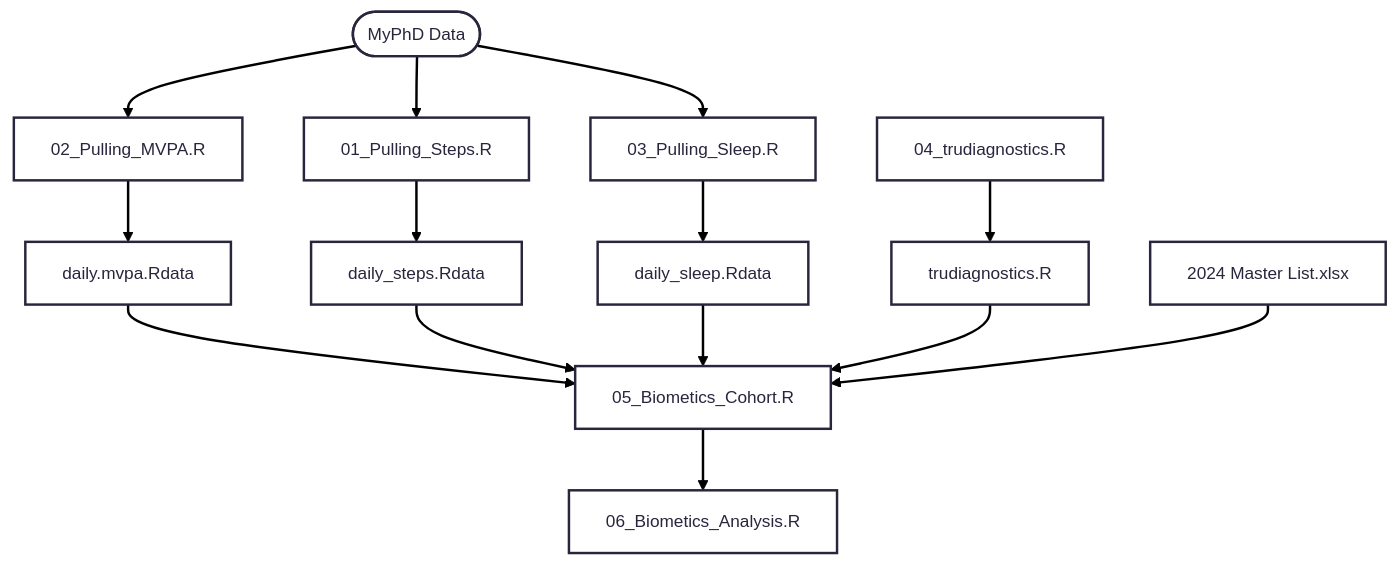
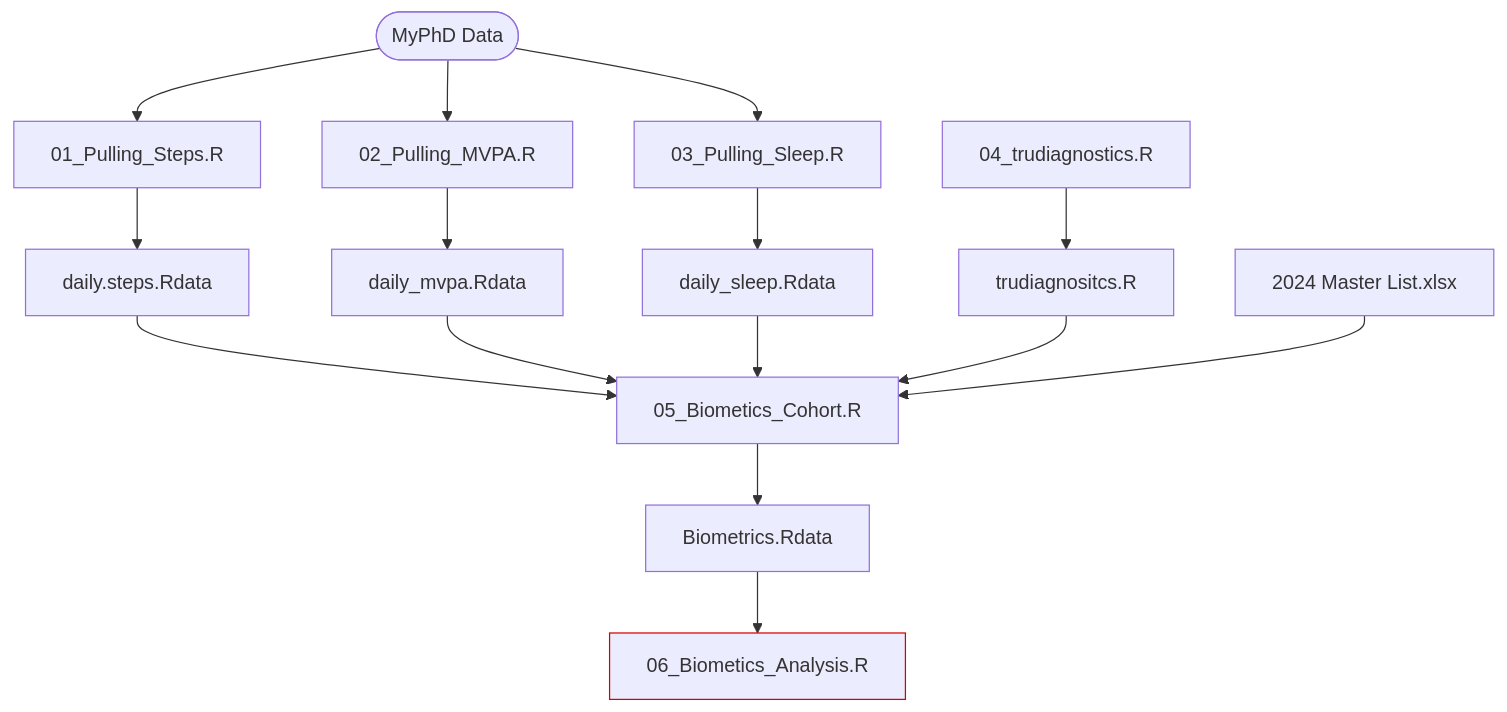
Before and after one commit to EpiGraham/DCI_Biometrics: the diagram in README.md, drawn with Mermaid. The commit also changed other lines of this file, not shown here.

````diff
--- a/README.md
+++ b/README.md
@@ -15,28 +7,20 @@
 ```mermaid
----
-config:
-  theme: redux
----
 flowchart TD
-    A(["MyPhD Data"])
-    A --> B["01_Pulling_Steps.R"]
-    A --> C["02_Pulling_MVPA.R"]
-    A --> D["03_Pulling_Sleep.R"]
-    C --> E["daily.mvpa.Rdata"]
-    B --> F["daily_steps.Rdata"]
+    A(["MyPhD Data"]) --> B["02_Pulling_MVPA.R"] & C@{ label: "<span style=\"padding-left:\">01_Pulling_Steps.R</span>" } & D["03_Pulling_Sleep.R"]
+    C --> E["daily.steps.Rdata"]
+    B --> F["daily_mvpa.Rdata"]
     D --> G["daily_sleep.Rdata"]
-
-    H["04_trudiagnostics.R"]
-        H --> I["trudiagnostics.R"]
-
-    K["2024 Master List.xlsx"]
-
-    E --> J["05_Biometics_Cohort.R"]
-    F --> J["05_Biometics_Cohort.R"]
-    G --> J["05_Biometics_Cohort.R"]
-    I --> J["05_Biometics_Cohort.R"]
-    K --> J["05_Biometics_Cohort.R"]
-
-  J --> L["06_Biometics_Analysis.R"]
+    H["04_trudiagnostics.R"] --> I["trudiagnositcs.R"]
+    E --> J@{ label: "<span class=\"nodeLabel\">05_Biometics_Cohort.R</span>" }
+    F --> J
+    G --> J
+    I --> J
+    K["2024 Master List.xlsx"] --> J
+    J --> L["Biometrics.Rdata"]
+    L --> M["06_Biometics_Analysis.R"]
+    C@{ shape: rect}
+    J@{ shape: rect}
+    L@{ shape: rect}
+    style M stroke:#D50000
 
 ```
````
